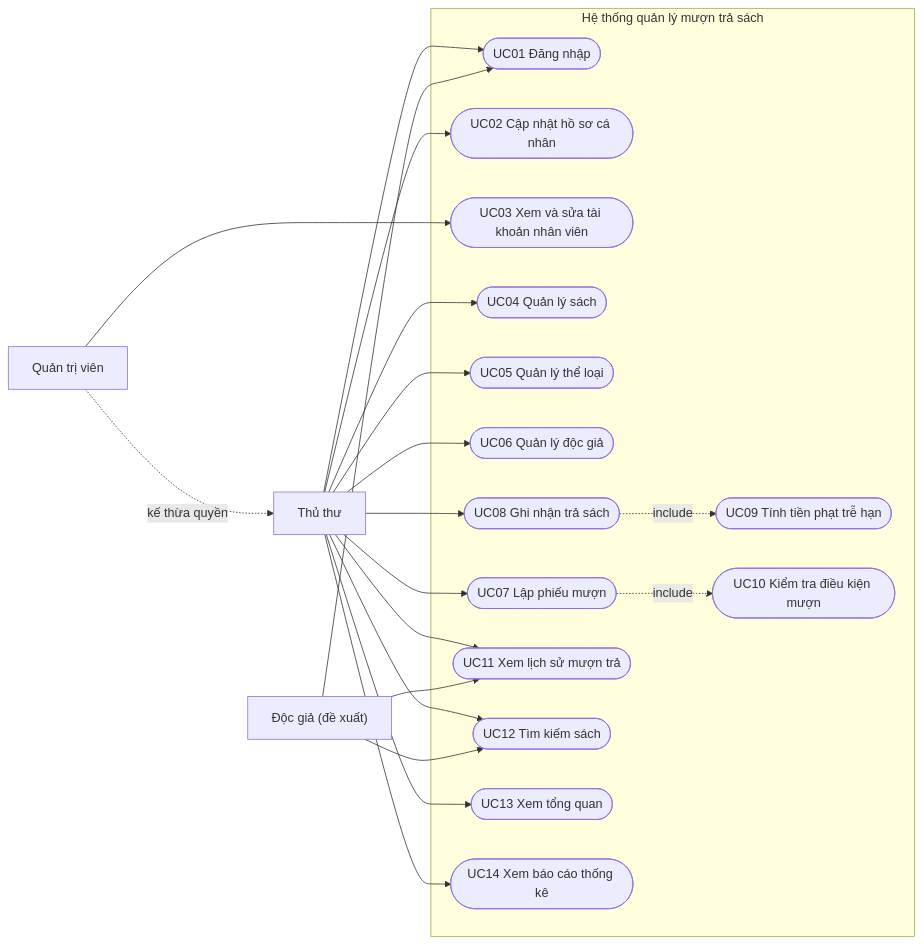
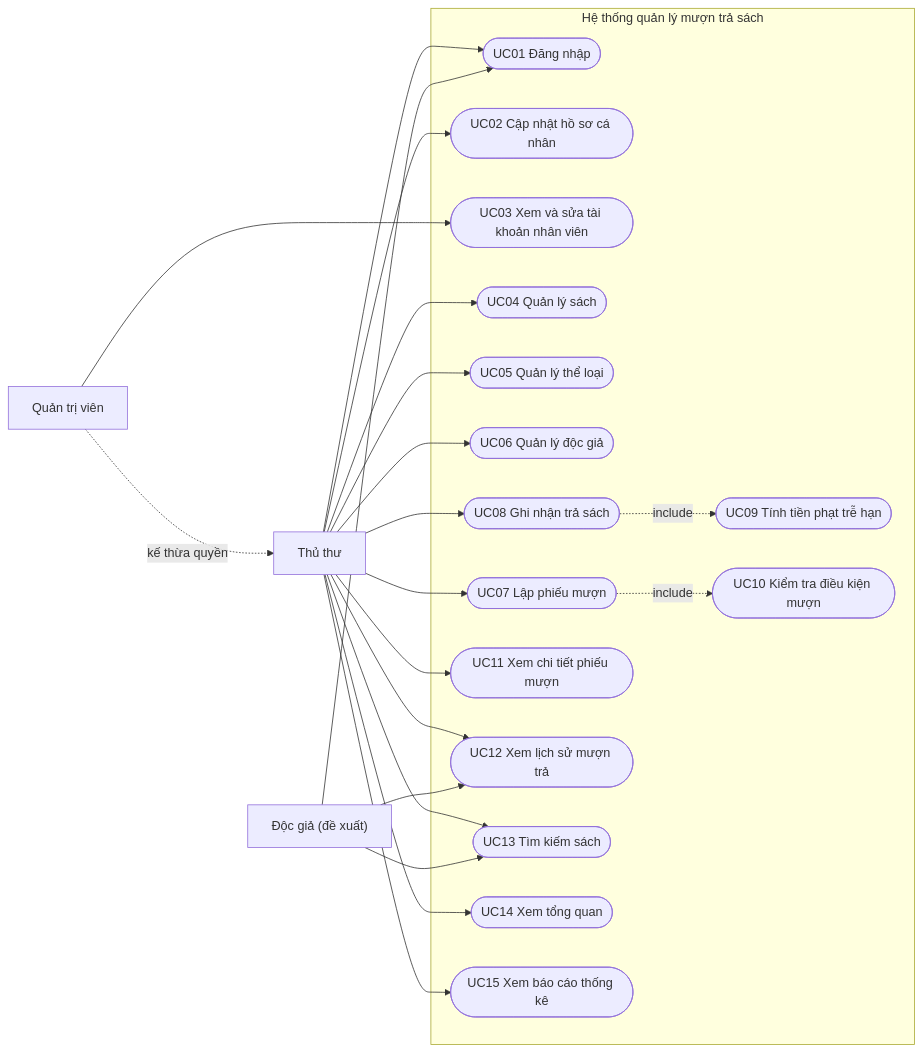
The diagram in docs/DAC-TA-USE-CASE.md (KiuKuma/quan-ly-muon-tra-sach-thu-vien), drawn with Mermaid before and after one commit. The commit also changed other lines of this file and 26 other files, not shown here.

````diff
--- a/docs/DAC-TA-USE-CASE.md
+++ b/docs/DAC-TA-USE-CASE.md
@@ -17,42 +17,44 @@
 ```mermaid
 flowchart LR
     TT["Thủ thư"]
     QT["Quản trị viên"]
     DG["Độc giả (đề xuất)"]
     QT -. "kế thừa quyền" .-> TT
 
     subgraph HT["Hệ thống quản lý mượn trả sách"]
         UC01(["UC01 Đăng nhập"])
         UC02(["UC02 Cập nhật hồ sơ cá nhân"])
         UC03(["UC03 Xem và sửa tài khoản nhân viên"])
         UC04(["UC04 Quản lý sách"])
         UC05(["UC05 Quản lý thể loại"])
         UC06(["UC06 Quản lý độc giả"])
         UC07(["UC07 Lập phiếu mượn"])
         UC08(["UC08 Ghi nhận trả sách"])
         UC09(["UC09 Tính tiền phạt trễ hạn"])
         UC10(["UC10 Kiểm tra điều kiện mượn"])
-        UC11(["UC11 Xem lịch sử mượn trả"])
-        UC12(["UC12 Tìm kiếm sách"])
-        UC13(["UC13 Xem tổng quan"])
-        UC14(["UC14 Xem báo cáo thống kê"])
+        UC11(["UC11 Xem chi tiết phiếu mượn"])
+        UC12(["UC12 Xem lịch sử mượn trả"])
+        UC13(["UC13 Tìm kiếm sách"])
+        UC14(["UC14 Xem tổng quan"])
+        UC15(["UC15 Xem báo cáo thống kê"])
     end
 
     TT --> UC01
     TT --> UC02
     TT --> UC07
     TT --> UC08
     TT --> UC11
     TT --> UC12
     TT --> UC13
     TT --> UC14
+    TT --> UC15
     TT --> UC04
     TT --> UC05
     TT --> UC06
     QT --> UC03
     DG --> UC01
-    DG --> UC11
     DG --> UC12
+    DG --> UC13
     UC07 -. "include" .-> UC10
     UC08 -. "include" .-> UC09
 ```
````
